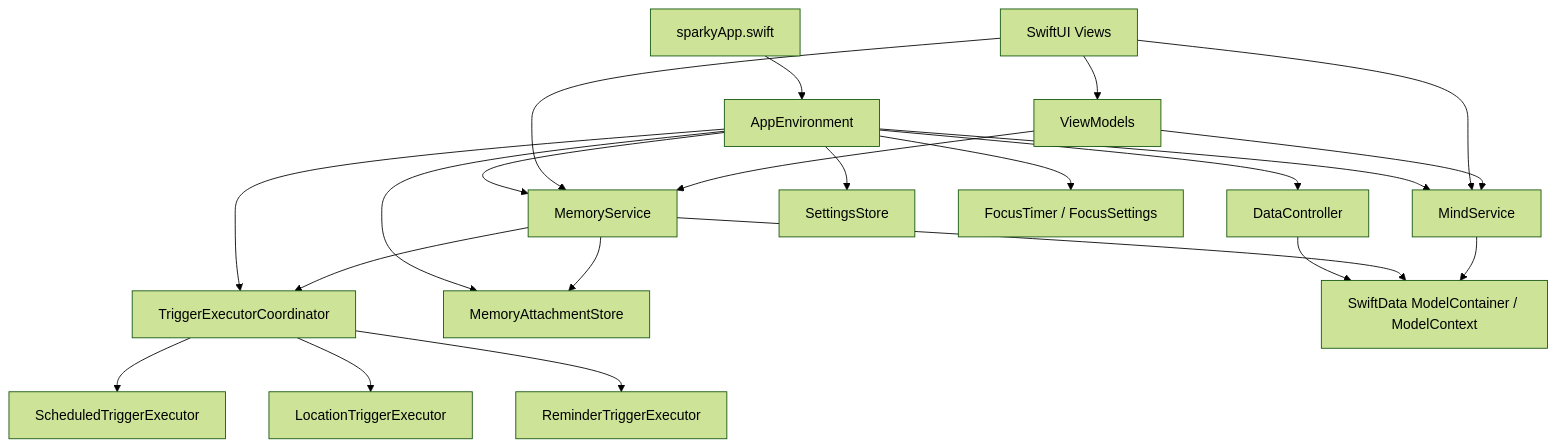
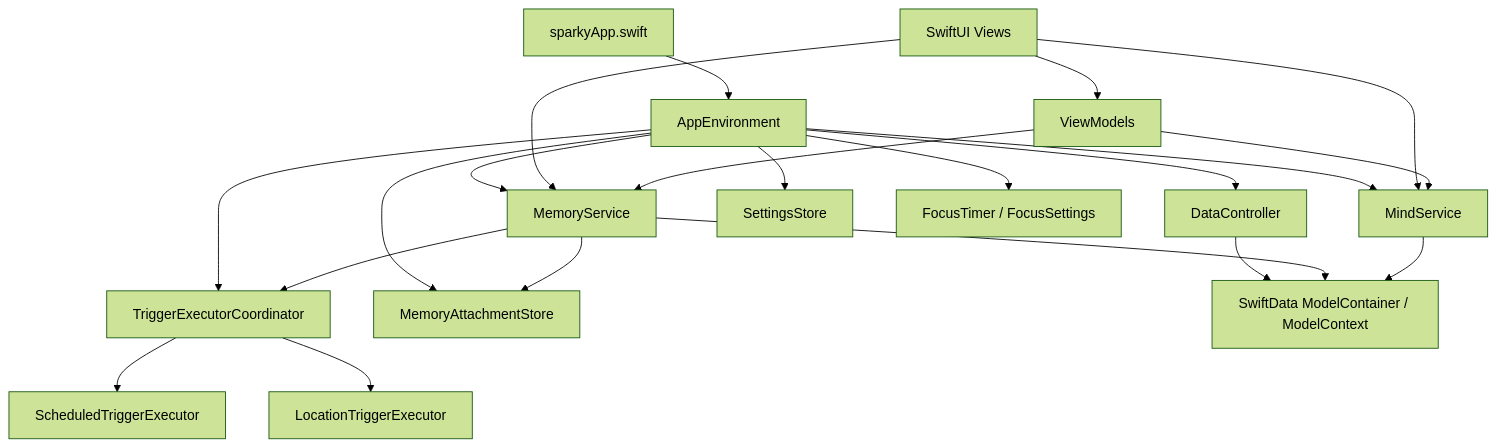
Before and after one commit to rckbrcls/sparky: the diagram in docs/architecture.md, drawn with Mermaid (forest theme). The commit also changed other lines of this file and 67 other files, not shown here.

Commit message:
Simplify app architecture and remove legacy code

````diff
--- a/docs/architecture.md
+++ b/docs/architecture.md
@@ -7,27 +7,26 @@
 ```mermaid
 flowchart TD
     App["sparkyApp.swift"] --> Environment["AppEnvironment"]
     Environment --> Data["DataController"]
     Environment --> MemoryService["MemoryService"]
     Environment --> MindService["MindService"]
     Environment --> Coordinator["TriggerExecutorCoordinator"]
     Environment --> AttachmentStore["MemoryAttachmentStore"]
     Environment --> Settings["SettingsStore"]
 
     Data --> SwiftData["SwiftData ModelContainer / ModelContext"]
     MemoryService --> SwiftData
     MindService --> SwiftData
     MemoryService --> AttachmentStore
     MemoryService --> Coordinator
 
     Coordinator --> Scheduled["ScheduledTriggerExecutor"]
     Coordinator --> Location["LocationTriggerExecutor"]
-    Coordinator --> Reminder["ReminderTriggerExecutor"]
     Environment --> FocusTimer["FocusTimer / FocusSettings"]
 
     Views["SwiftUI Views"] --> ViewModels["ViewModels"]
     Views --> MemoryService
     Views --> MindService
     ViewModels --> MemoryService
     ViewModels --> MindService
 ```
````
